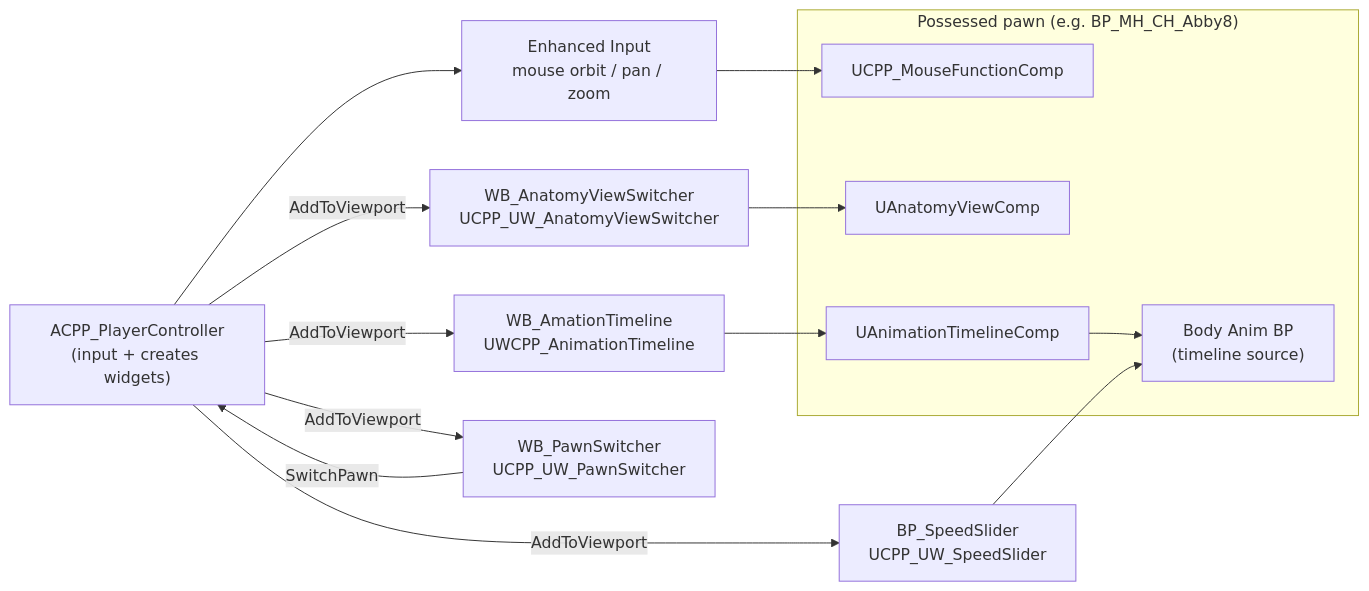
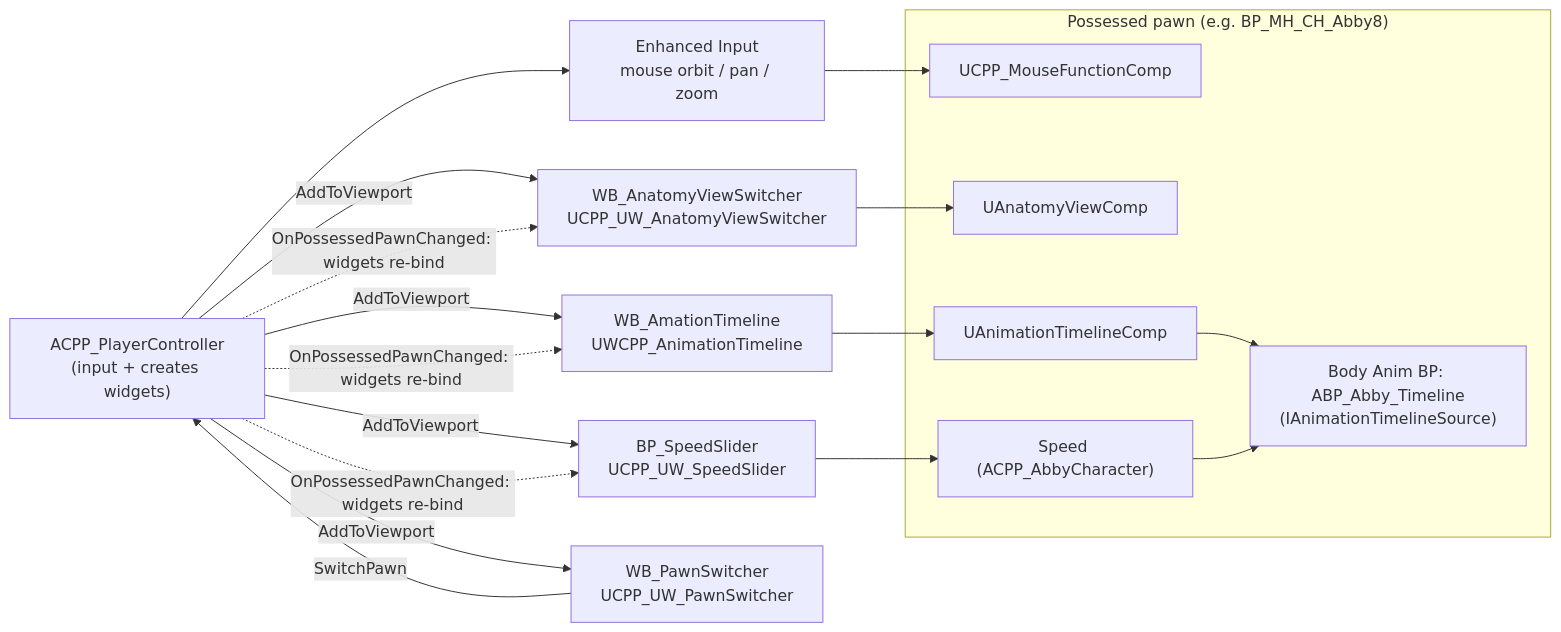
Before and after one commit to MatinEsmaeili00/Abby-MetaHuman-Animation: the diagram in docs/03-ui-sliders.md, drawn with Mermaid. The commit also changed other lines of this file and 14 other files, not shown here.

````diff
--- a/docs/03-ui-sliders.md
+++ b/docs/03-ui-sliders.md
@@ -16,21 +16,23 @@
 ```mermaid
 flowchart LR
     PC["ACPP_PlayerController<br/>(input + creates widgets)"]
     IN["Enhanced Input<br/>mouse orbit / pan / zoom"]
     W1["WB_AnatomyViewSwitcher<br/>UCPP_UW_AnatomyViewSwitcher"]
     W2["WB_AmationTimeline<br/>UWCPP_AnimationTimeline"]
     W3["BP_SpeedSlider<br/>UCPP_UW_SpeedSlider"]
     W4["WB_PawnSwitcher<br/>UCPP_UW_PawnSwitcher"]
     subgraph Pawn["Possessed pawn (e.g. BP_MH_CH_Abby8)"]
         C1["UCPP_MouseFunctionComp"]
         C2["UAnatomyViewComp"]
         C3["UAnimationTimelineComp"]
-        AI["Body Anim BP<br/>(timeline source)"]
+        SP["Speed (ACPP_AbbyCharacter)"]
+        AI["Body Anim BP: ABP_Abby_Timeline<br/>(IAnimationTimelineSource)"]
     end
     PC --> IN --> C1
     PC -- AddToViewport --> W1 & W2 & W3 & W4
     W1 --> C2
     W2 --> C3 --> AI
-    W3 --> AI
+    W3 --> SP --> AI
     W4 -- SwitchPawn --> PC
+    PC -. OnPossessedPawnChanged: widgets re-bind .-> W1 & W2 & W3
 ```
````
